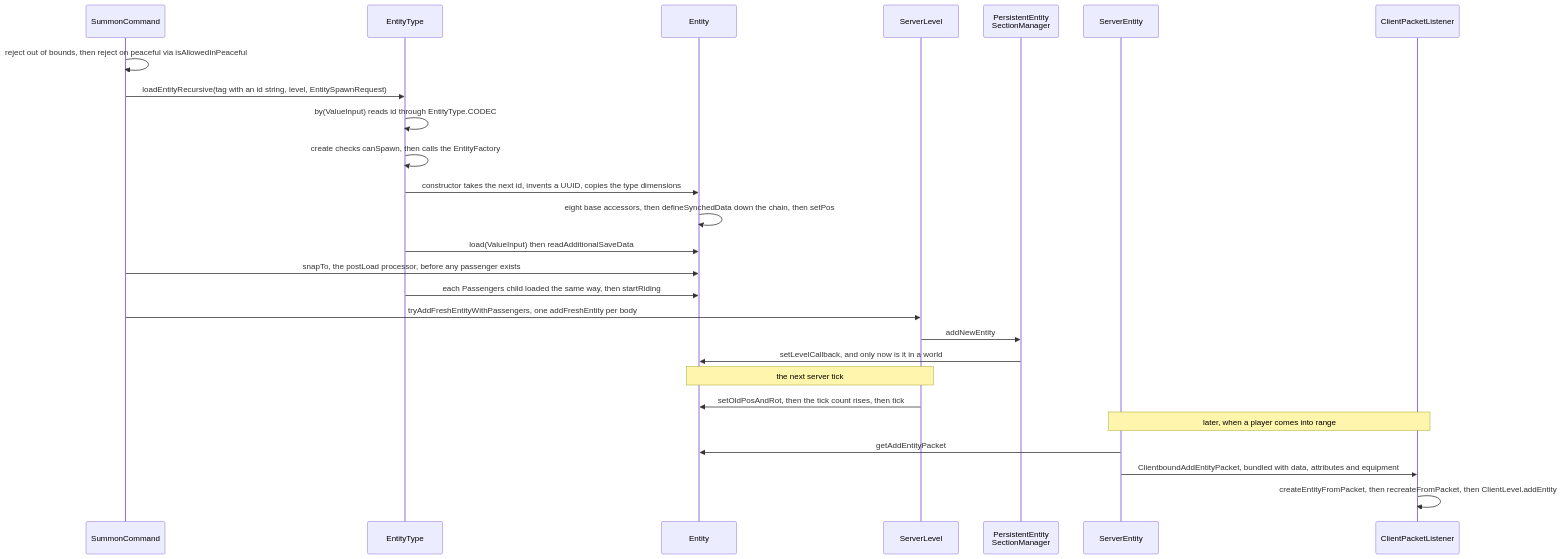
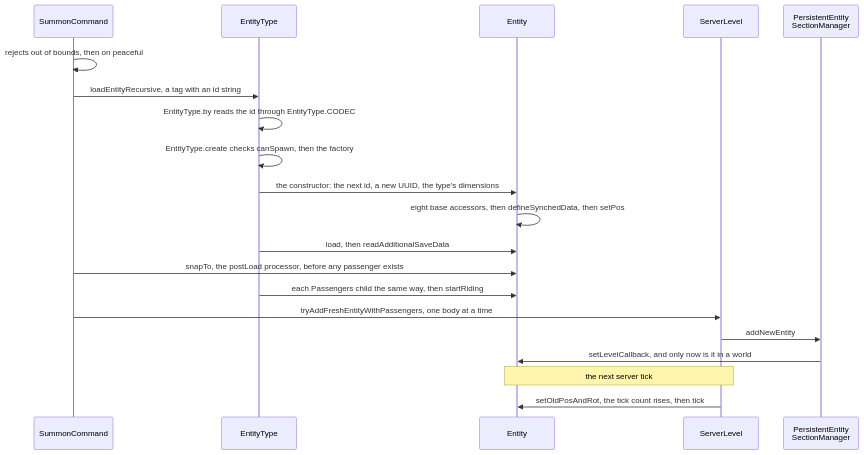
One commit to AlexanderjFraser/MinecraftDocs changed the second of 3 diagrams in src/systems/entities/entity-anatomy.md. Above: the diagram before and after it, drawn with Mermaid. The commit also changed other lines of this file and 23 other files, not shown here.

````diff
--- a/src/systems/entities/entity-anatomy.md
+++ b/src/systems/entities/entity-anatomy.md
@@ -245,29 +250,23 @@
 ```mermaid
 sequenceDiagram
     participant SumC as SummonCommand
     participant ET as EntityType
     participant Entity as Entity
     participant SL as ServerLevel
     participant PESM as PersistentEntity<br/>SectionManager
-    participant SE as ServerEntity
-    participant CPL as ClientPacketListener
 
-    SumC->>SumC: reject out of bounds, then reject on peaceful via isAllowedInPeaceful
-    SumC->>ET: loadEntityRecursive(tag with an id string, level, EntitySpawnRequest)
-    ET->>ET: by(ValueInput) reads id through EntityType.CODEC
-    ET->>ET: create checks canSpawn, then calls the EntityFactory
-    ET->>Entity: constructor takes the next id, invents a UUID, copies the type dimensions
-    Entity->>Entity: eight base accessors, then defineSynchedData down the chain, then setPos
-    ET->>Entity: load(ValueInput) then readAdditionalSaveData
+    SumC->>SumC: rejects out of bounds, then on peaceful
+    SumC->>ET: loadEntityRecursive, a tag with an id string
+    ET->>ET: EntityType.by reads the id through EntityType.CODEC
+    ET->>ET: EntityType.create checks canSpawn, then the factory
+    ET->>Entity: the constructor: the next id, a new UUID, the type's dimensions
+    Entity->>Entity: eight base accessors, then defineSynchedData, then setPos
+    ET->>Entity: load, then readAdditionalSaveData
     SumC->>Entity: snapTo, the postLoad processor, before any passenger exists
-    ET->>Entity: each Passengers child loaded the same way, then startRiding
-    SumC->>SL: tryAddFreshEntityWithPassengers, one addFreshEntity per body
+    ET->>Entity: each Passengers child the same way, then startRiding
+    SumC->>SL: tryAddFreshEntityWithPassengers, one body at a time
     SL->>PESM: addNewEntity
     PESM->>Entity: setLevelCallback, and only now is it in a world
     Note over SL,Entity: the next server tick
-    SL->>Entity: setOldPosAndRot, then the tick count rises, then tick
-    Note over SE,CPL: later, when a player comes into range
-    SE->>Entity: getAddEntityPacket
-    SE->>CPL: ClientboundAddEntityPacket, bundled with data, attributes and equipment
-    CPL->>CPL: createEntityFromPacket, then recreateFromPacket, then ClientLevel.addEntity
+    SL->>Entity: setOldPosAndRot, the tick count rises, then tick
 ```
````
